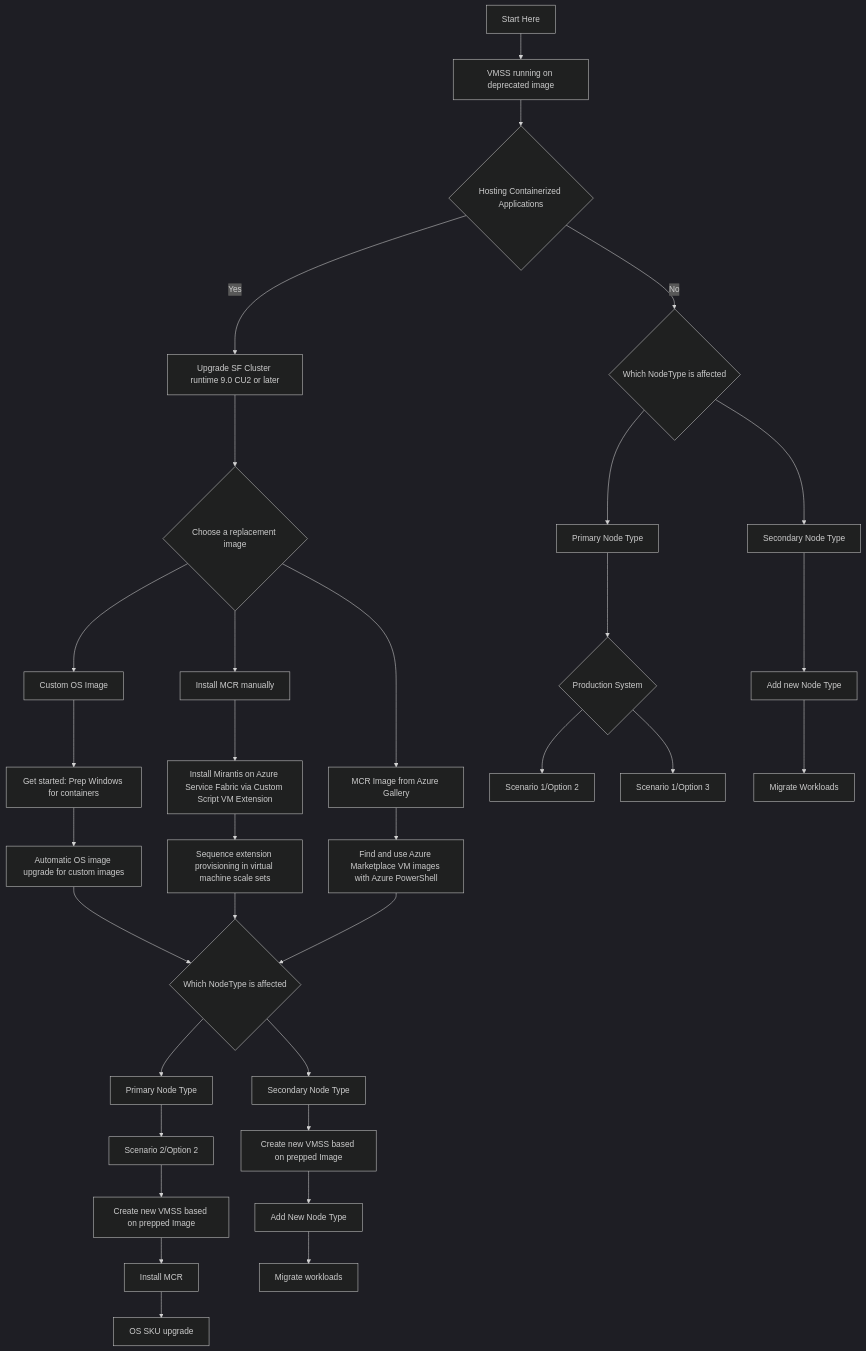
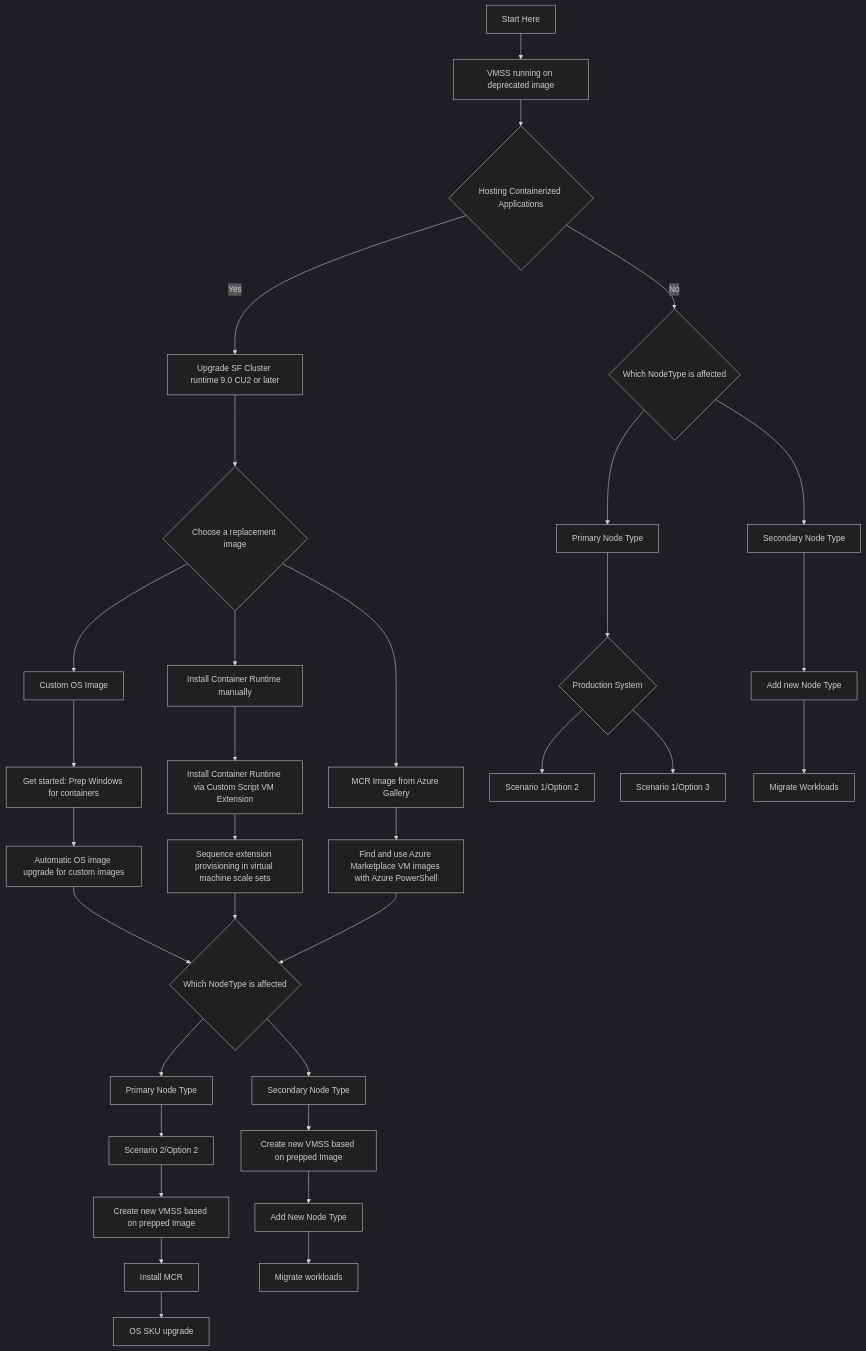
One commit to Azure/Service-Fabric-Troubleshooting-Guides changed the diagram in Deployment/MirantisDecisionGraph.md. Above: the diagram before and after it, drawn with Mermaid (dark theme).

````diff
--- a/Deployment/MirantisDecisionGraph.md
+++ b/Deployment/MirantisDecisionGraph.md
@@ -5,29 +5,29 @@
 ```mermaid
 graph TD;
     A[Start Here] --> Decision1[VMSS running on deprecated image] 
     Decision1 --> HostingContainerDecision{Hosting Containerized Applications}    
     HostingContainerDecision -->|Yes| UpgradeRuntime[Upgrade SF Cluster runtime 9.0 CU2 or later] --> PickReplacementOption{Choose a replacement image}
     HostingContainerDecision -->|No| NodeTypeDecision2{Which NodeType is affected}
     PickReplacementOption --> CustomOSImage[Custom OS Image]    
-    PickReplacementOption --> ManualInstallImage[Install MCR manually]
+    PickReplacementOption --> ManualInstallImage[Install Container Runtime manually]
     PickReplacementOption --> MirantisGalleryImage[MCR Image from Azure Gallery]
     CustomOSImage --> PrepNewImageStep1[Get started: Prep Windows for containers] --> NewImageIsPrepped1[Automatic OS image upgrade for custom images]
-    ManualInstallImage --> ManualInstallStep1[Install Mirantis on Azure Service Fabric via Custom Script VM Extension] --> NewImageIsPrepped2[Sequence extension provisioning in virtual machine scale sets]
+    ManualInstallImage --> ManualInstallStep1[Install Container Runtime via Custom Script VM Extension] --> NewImageIsPrepped2[Sequence extension provisioning in virtual machine scale sets]
     MirantisGalleryImage --> NewImageIsPrepped3[Find and use Azure Marketplace VM images with Azure PowerShell]
     NewImageIsPrepped1 --> NodeTypeDecision1{Which NodeType is affected}
     NewImageIsPrepped2 --> NodeTypeDecision1{Which NodeType is affected}
     NewImageIsPrepped3 --> NodeTypeDecision1{Which NodeType is affected}
     NodeTypeDecision1 --> YesHostingContainersPrimary[Primary Node Type]
     NodeTypeDecision1 --> YesHostingContainersSecondary[Secondary Node Type]
     NodeTypeDecision2 --> NoHostingContainersPrimary[Primary Node Type]
     NodeTypeDecision2 --> NoHostingContainersSecondary[Secondary Node Type]
     NoHostingContainersPrimary --> IsProductionDecision{Production System}
     IsProductionDecision --> K[Scenario 1/Option 2]
     IsProductionDecision --> L[Scenario 1/Option 3]
     NoHostingContainersSecondary --> AddNodeType1[Add new Node Type]
     AddNodeType1 --> MigrateWorkloads1[Migrate Workloads]
     YesHostingContainersPrimary --> HostingPrepImagePrimary[Scenario 2/Option 2]
     HostingPrepImagePrimary --> HostingPrepImagePrimaryStep1[Create new VMSS based on prepped Image] --> HostingPrepImagePrimaryStep2[Install MCR] --> HostingPrepImagePrimaryStep3[OS SKU upgrade]
     YesHostingContainersSecondary --> HostingPrepImageSecondaryStep1[Create new VMSS based on prepped Image] --> AddNodeType2[Add New Node Type]
     AddNodeType2 --> MigrateWorkloads2[Migrate workloads]
 ```
````
